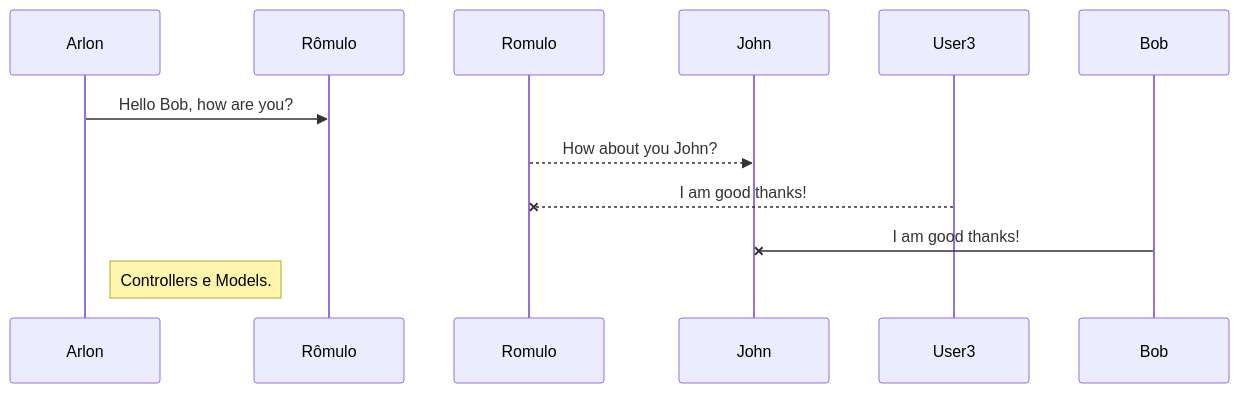
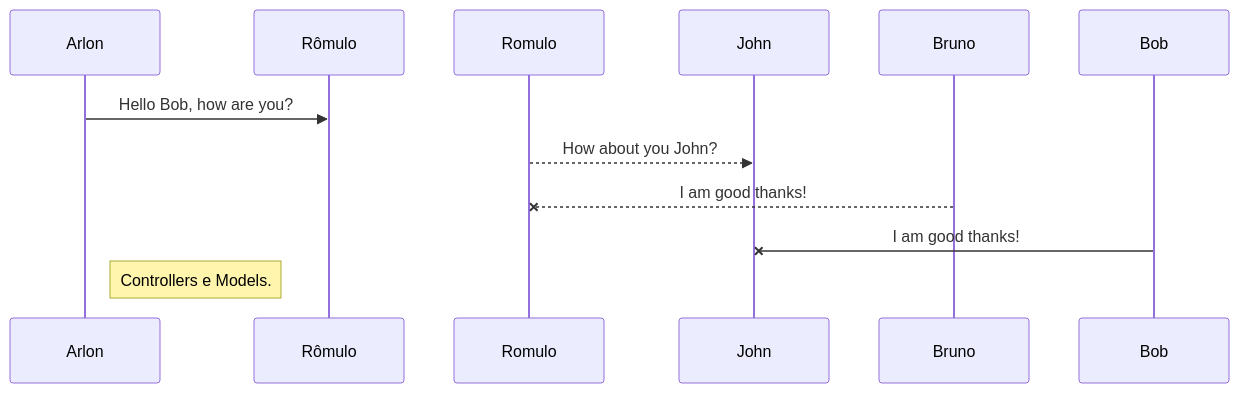
One commit to byagc/delta changed the diagram in README.md. Above: the diagram before and after it, drawn with Mermaid.

````diff
--- a/README.md
+++ b/README.md
@@ -19,8 +19,8 @@
 ```mermaid
 sequenceDiagram
 Arlon->> Rômulo: Hello Bob, how are you?
 Romulo-->>John: How about you John?
-User3 --x Romulo: I am good thanks!
+Bruno --x Romulo: I am good thanks!
 Bob-x John: I am good thanks!
 Note right of Arlon: Controllers e Models.
 ```
````
